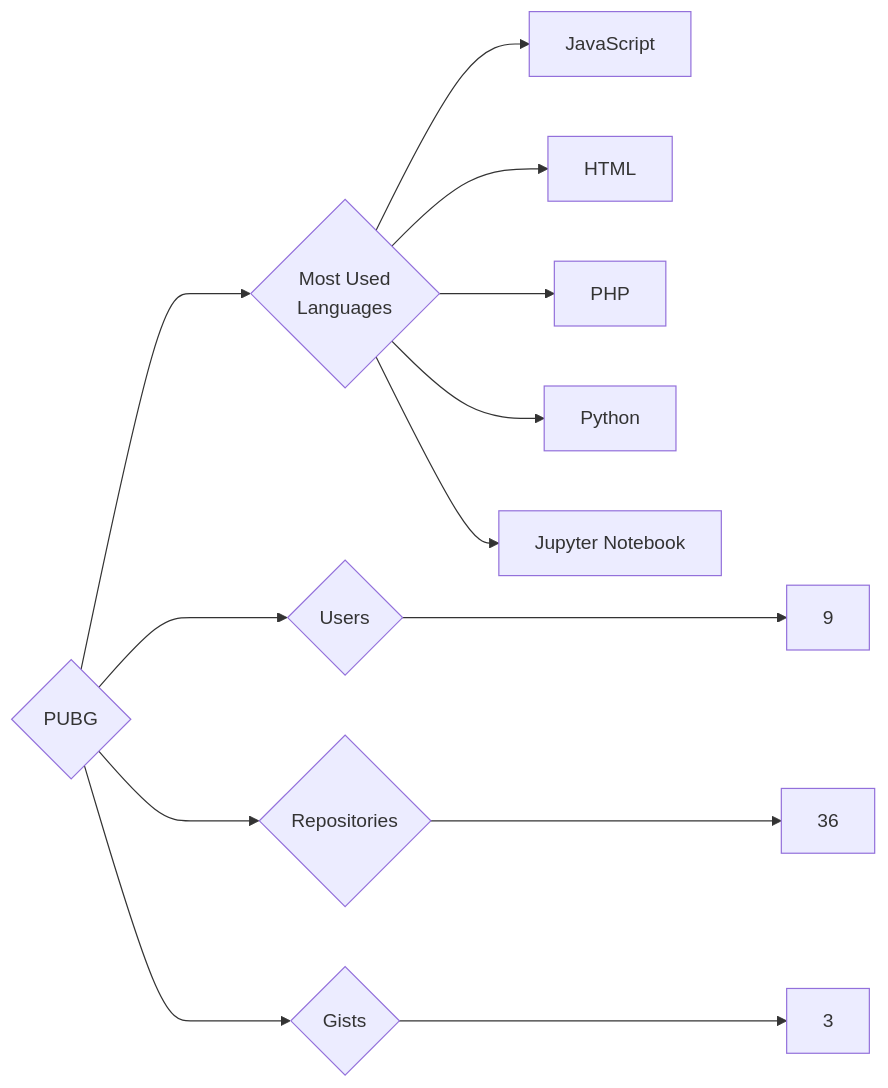
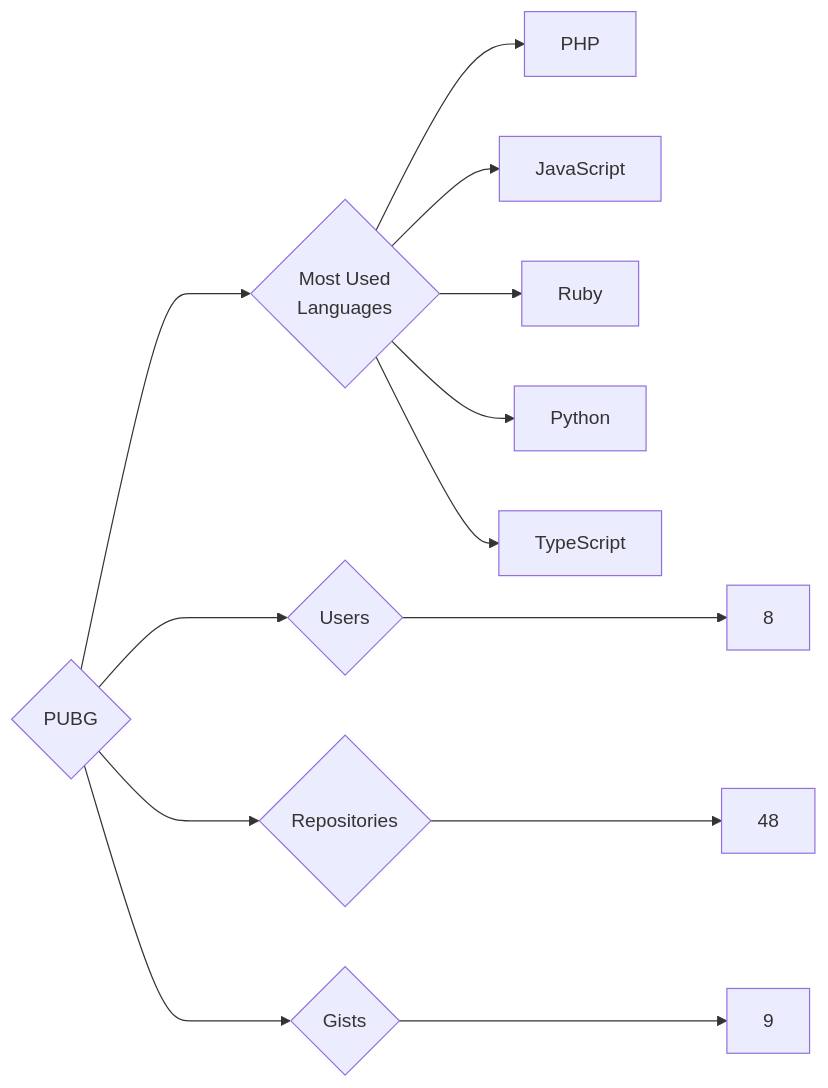
One commit to trickest/insiders changed the diagram in targets/PUBG/README.md. Above: the diagram before and after it, drawn with Mermaid. The commit also changed 534 other files, not shown here.

````diff
--- a/targets/PUBG/README.md
+++ b/targets/PUBG/README.md
@@ -3,13 +3,13 @@
 ```mermaid
 graph LR
 COMPANY_NAME{PUBG}
-COMPANY_NAME ---> U{Users} ---> UN[9]
-COMPANY_NAME ---> R{Repositories} ---> RN[36]
-COMPANY_NAME ---> G{Gists} ---> GN[3]
+COMPANY_NAME ---> U{Users} ---> UN[8]
+COMPANY_NAME ---> R{Repositories} ---> RN[48]
+COMPANY_NAME ---> G{Gists} ---> GN[9]
 COMPANY_NAME ---> ML{Most Used<br>Languages}
+ML --> PHP[PHP]
 ML --> JavaScript[JavaScript]
-ML --> HTML[HTML]
-ML --> PHP[PHP]
+ML --> Ruby[Ruby]
 ML --> Python[Python]
-ML --> Jupyter_Notebook[Jupyter Notebook]
+ML --> TypeScript[TypeScript]
 ```
````
